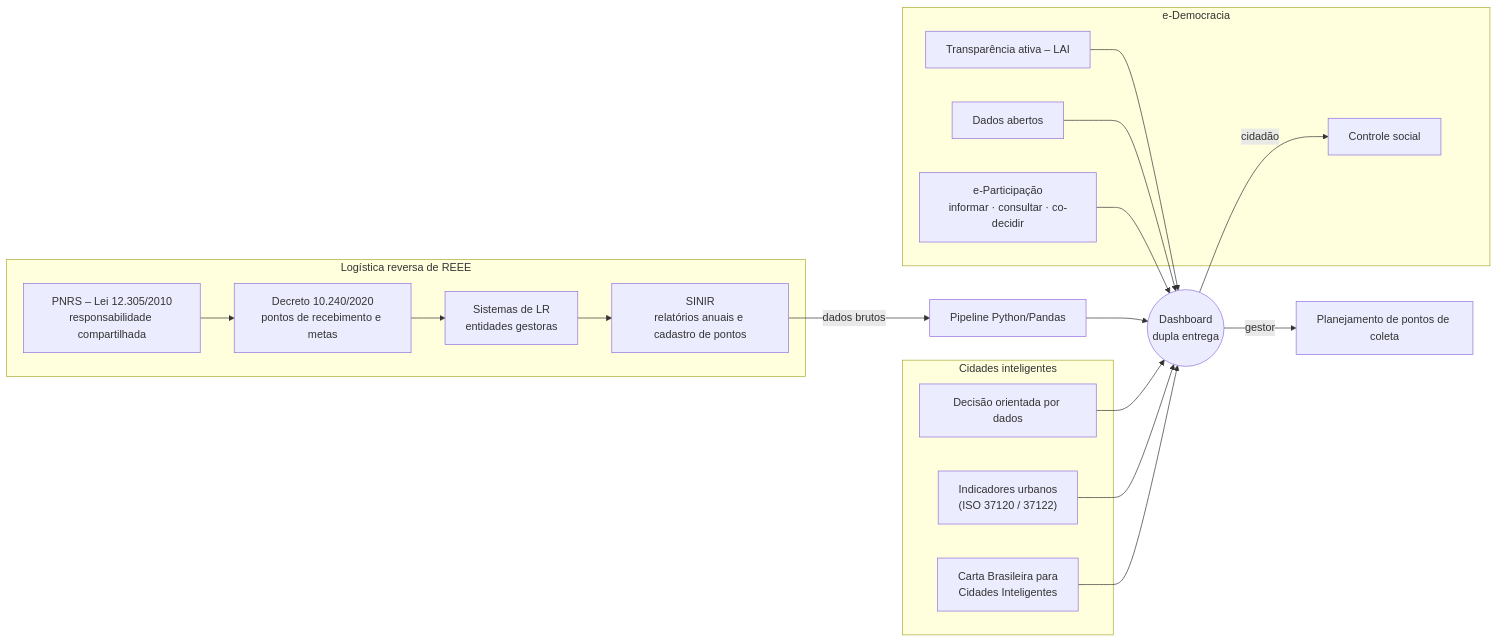
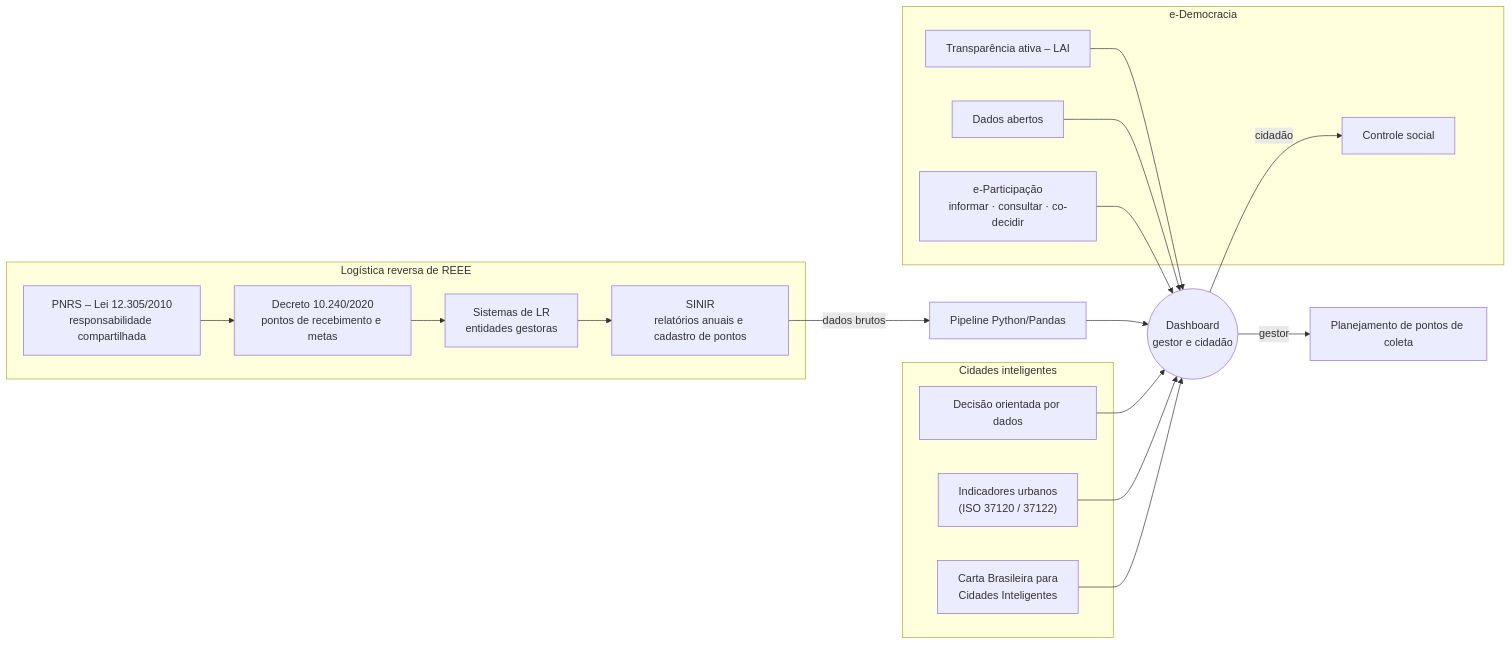
Before and after one commit to lzphellipe/reee-sinir-dashboard: the diagram in docs/01_referencial_teorico.md, drawn with Mermaid. The commit also changed other lines of this file and 19 other files, not shown here.

````diff
--- a/docs/01_referencial_teorico.md
+++ b/docs/01_referencial_teorico.md
@@ -9,31 +9,31 @@
 ```mermaid
 flowchart LR
   subgraph LR["Logística reversa de REEE"]
     PNRS["PNRS – Lei 12.305/2010<br/>responsabilidade compartilhada"]
     DEC["Decreto 10.240/2020<br/>pontos de recebimento e metas"]
     SLR["Sistemas de LR<br/>entidades gestoras"]
     SINIR["SINIR<br/>relatórios anuais e cadastro de pontos"]
   end
   subgraph CI["Cidades inteligentes"]
     DADOS["Decisão orientada por dados"]
     IND["Indicadores urbanos<br/>(ISO 37120 / 37122)"]
     CARTA["Carta Brasileira para<br/>Cidades Inteligentes"]
   end
   subgraph ED["e-Democracia"]
     TRANSP["Transparência ativa – LAI"]
     ABERTOS["Dados abertos"]
     EPART["e-Participação<br/>informar · consultar · co-decidir"]
     CONTROLE["Controle social"]
   end
   PNRS --> DEC --> SLR --> SINIR
   SINIR -->|"dados brutos"| ETL["Pipeline Python/Pandas"]
-  ETL --> DASH(("Dashboard<br/>dupla entrega"))
+  ETL --> DASH(("Dashboard<br/>gestor e cidadão"))
   DADOS --> DASH
   IND --> DASH
   CARTA --> DASH
   TRANSP --> DASH
   ABERTOS --> DASH
   EPART --> DASH
   DASH -->|"gestor"| PLAN["Planejamento de pontos de coleta"]
   DASH -->|"cidadão"| CONTROLE
 ```
````
